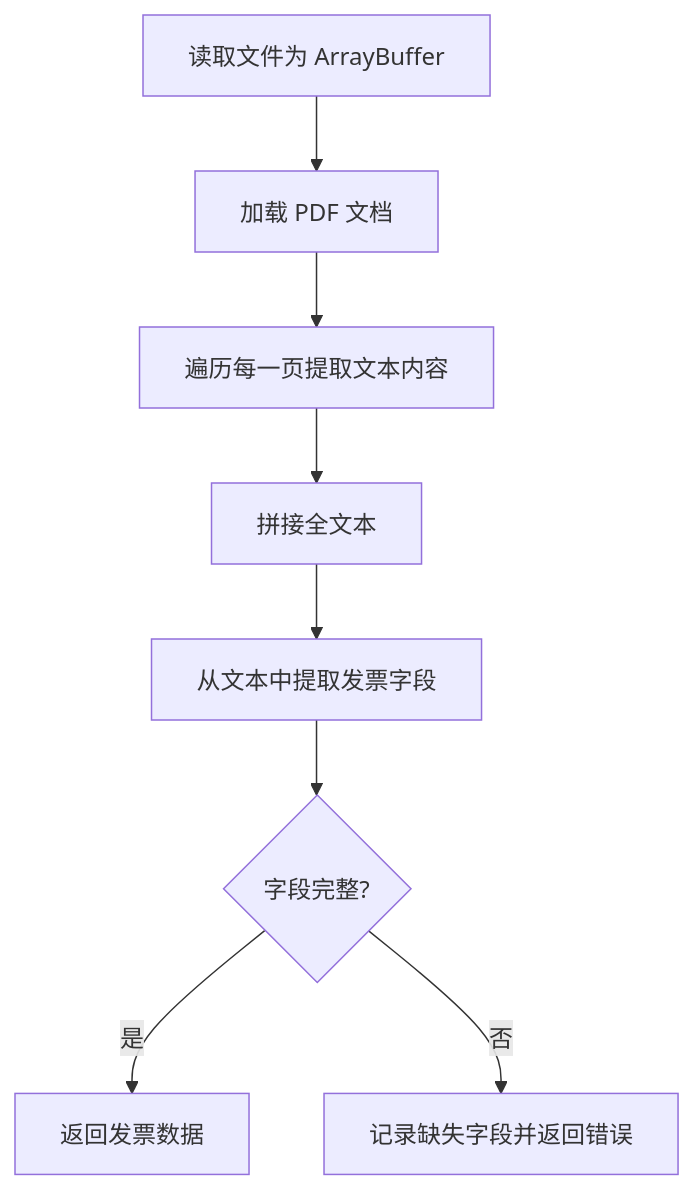
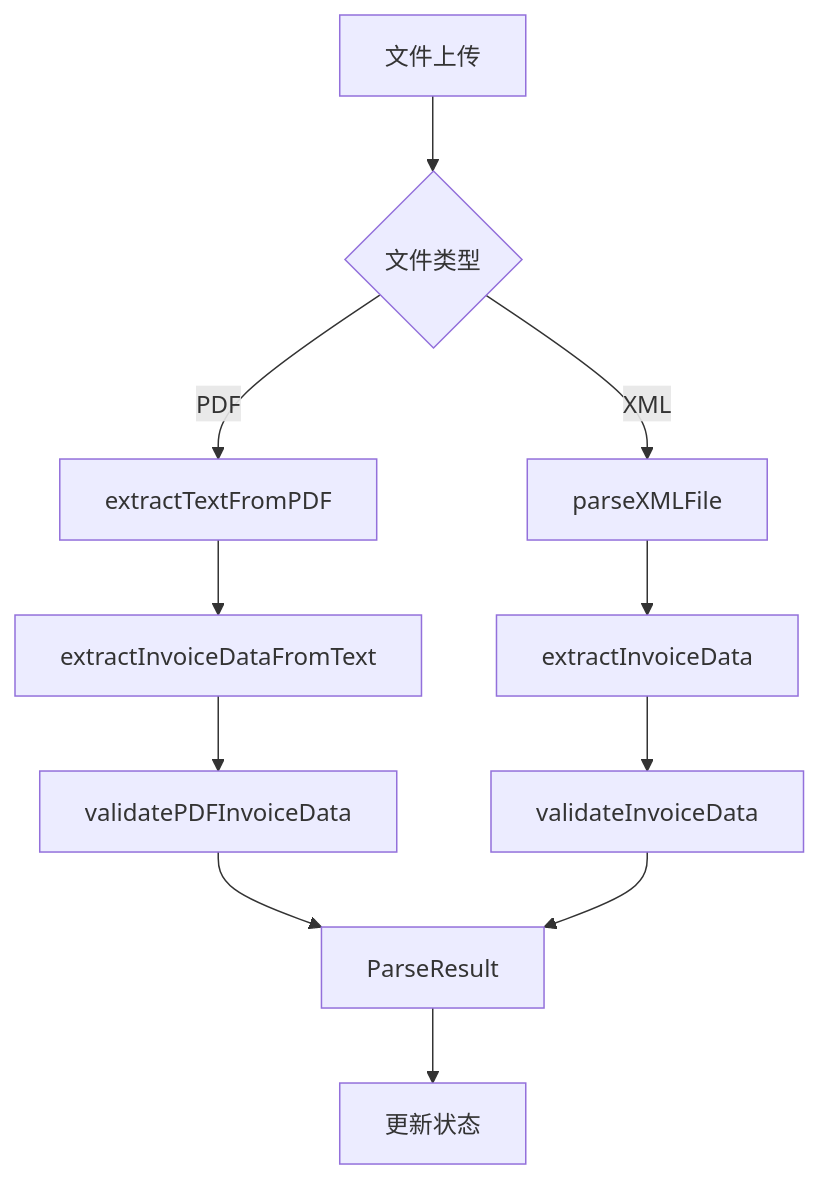
One commit to dunhuixiao/FinanceTools changed the fifth of 5 diagrams in .qoder/repowiki/zh/content/技术栈与依赖.md. Above: the diagram before and after it, drawn with Mermaid. The commit also changed other lines of this file and 75 other files, not shown here.

````diff
--- a/.qoder/repowiki/zh/content/技术栈与依赖.md
+++ b/.qoder/repowiki/zh/content/技术栈与依赖.md
@@ -201,10 +317,13 @@
 ```mermaid
 flowchart TD
-A["读取文件为 ArrayBuffer"] --> B["加载 PDF 文档"]
-B --> C["遍历每一页提取文本内容"]
-C --> D["拼接全文本"]
-D --> E["从文本中提取发票字段"]
-E --> F{"字段完整?"}
-F --> |是| G["返回发票数据"]
-F --> |否| H["记录缺失字段并返回错误"]
+A[文件上传] --> B{文件类型}
+B --> |PDF| C[extractTextFromPDF]
+B --> |XML| D[parseXMLFile]
+C --> E[extractInvoiceDataFromText]
+D --> F[extractInvoiceData]
+E --> G[validatePDFInvoiceData]
+F --> H[validateInvoiceData]
+G --> I[ParseResult]
+H --> I[ParseResult]
+I --> J[更新状态]
 ```
````
